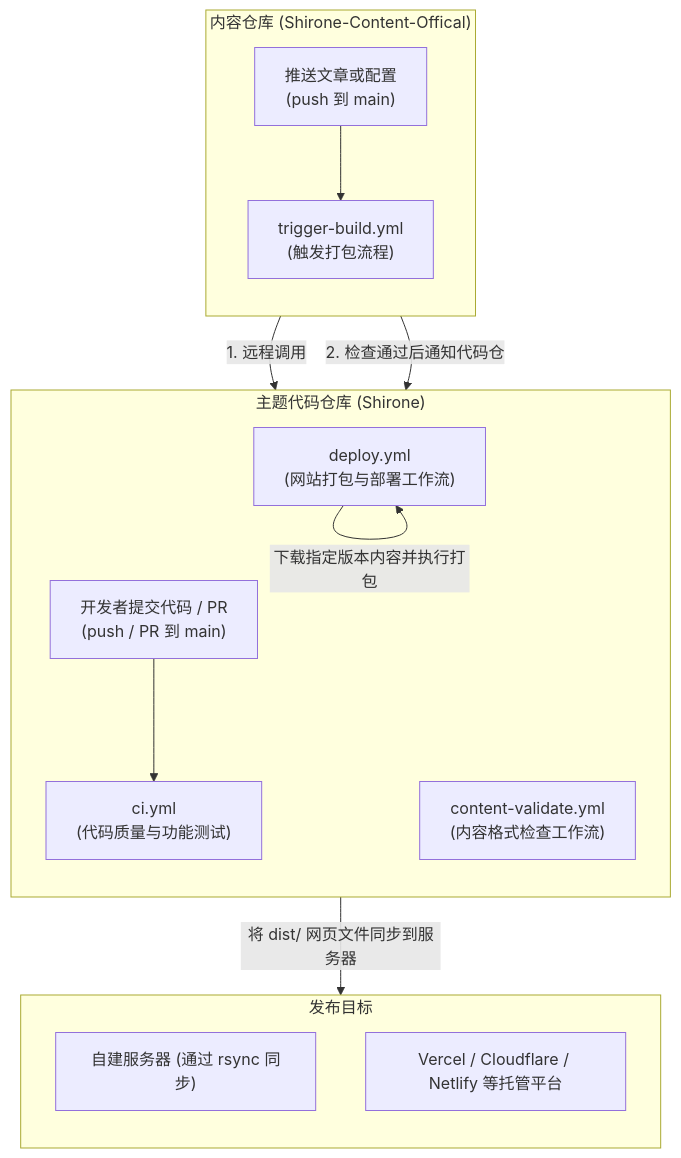
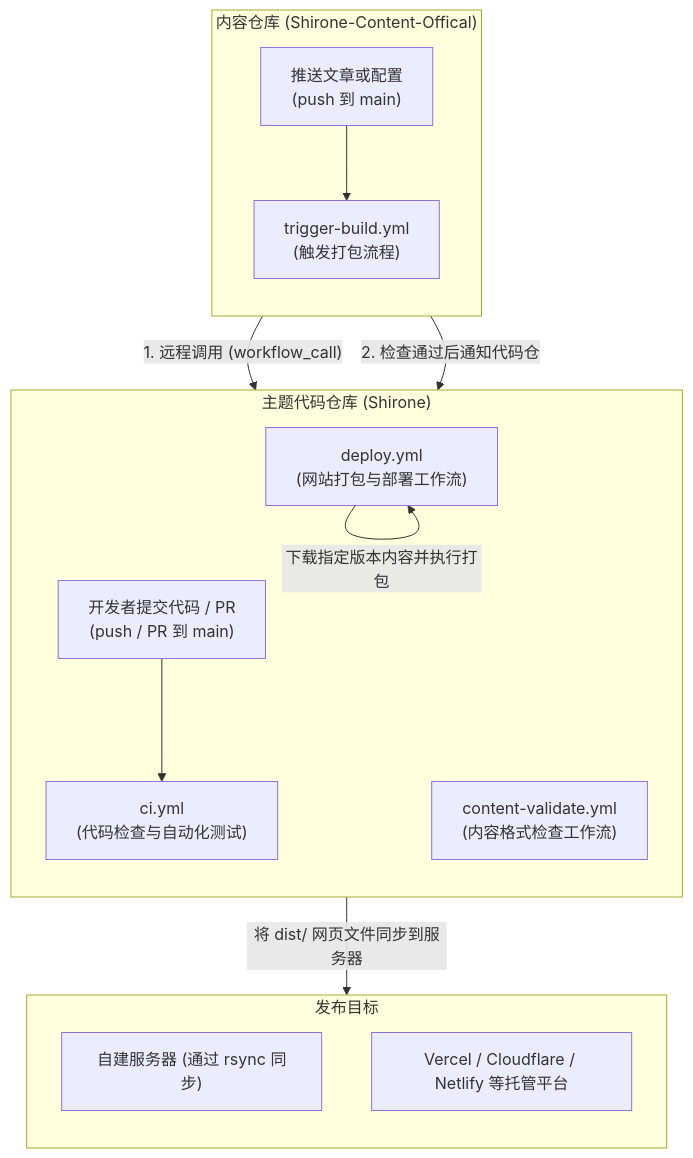
Before and after one commit to LyraVoid/Shirone-Docs: the diagram in docs/guide/development/workflows/README.md, drawn with Mermaid. The commit also changed other lines of this file and 1 other file, not shown here.

Commit message:
docs: include source code breakdowns in CI/CD workflow guide

````diff
--- a/docs/guide/development/workflows/README.md
+++ b/docs/guide/development/workflows/README.md
@@ -9,30 +9,30 @@
 ```mermaid
 flowchart TD
     subgraph ContentRepo ["内容仓库 (Shirone-Content-Offical)"]
         direction TB
         CPush["推送文章或配置<br/>(push 到 main)"]
         WTrigger["trigger-build.yml<br/>(触发打包流程)"]
         CPush --> WTrigger
     end
 
     subgraph ThemeRepo ["主题代码仓库 (Shirone)"]
         direction TB
         TPush["开发者提交代码 / PR<br/>(push / PR 到 main)"]
-        WCI["ci.yml<br/>(代码质量与功能测试)"]
+        WCI["ci.yml<br/>(代码检查与自动化测试)"]
         TPush --> WCI
 
         WValidate["content-validate.yml<br/>(内容格式检查工作流)"]
         WDeploy["deploy.yml<br/>(网站打包与部署工作流)"]
     end
 
     subgraph TargetHost ["发布目标"]
         direction TB
         ServerHost["自建服务器 (通过 rsync 同步)"]
         CloudHost["Vercel / Cloudflare / Netlify 等托管平台"]
     end
 
-    WTrigger -- "1. 远程调用" --> WValidate
+    WTrigger -- "1. 远程调用 (workflow_call)" --> WValidate
     WTrigger -- "2. 检查通过后通知代码仓" --> WDeploy
     WDeploy -- "下载指定版本内容并执行打包" --> WDeploy
     WDeploy -- "将 dist/ 网页文件同步到服务器" --> TargetHost
 ```
````
